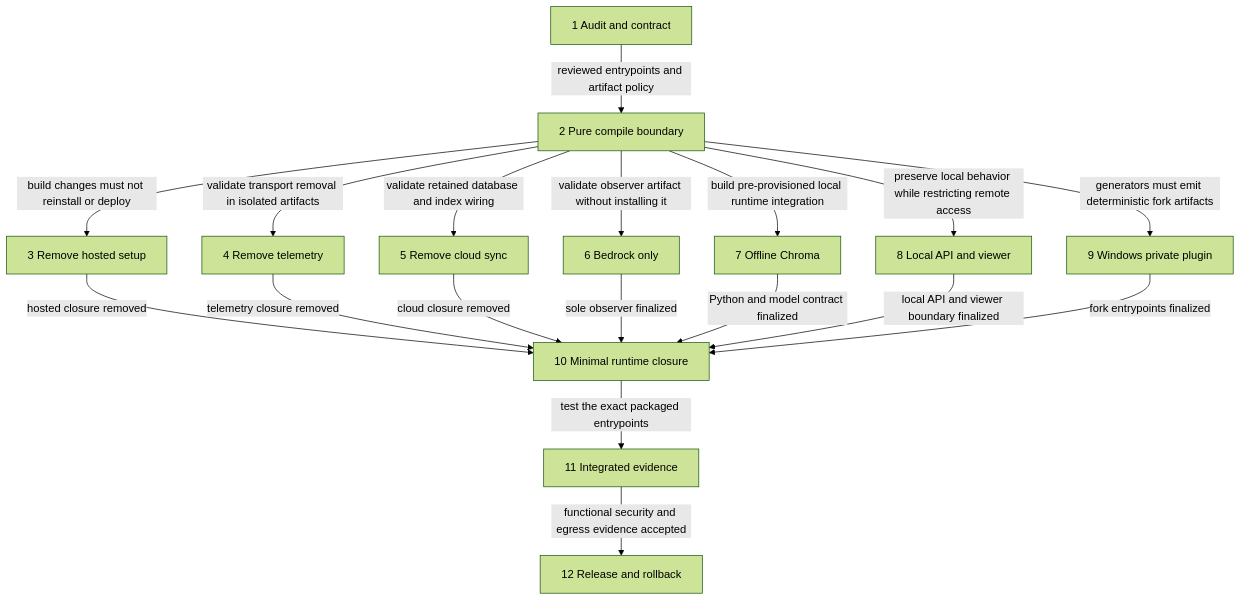
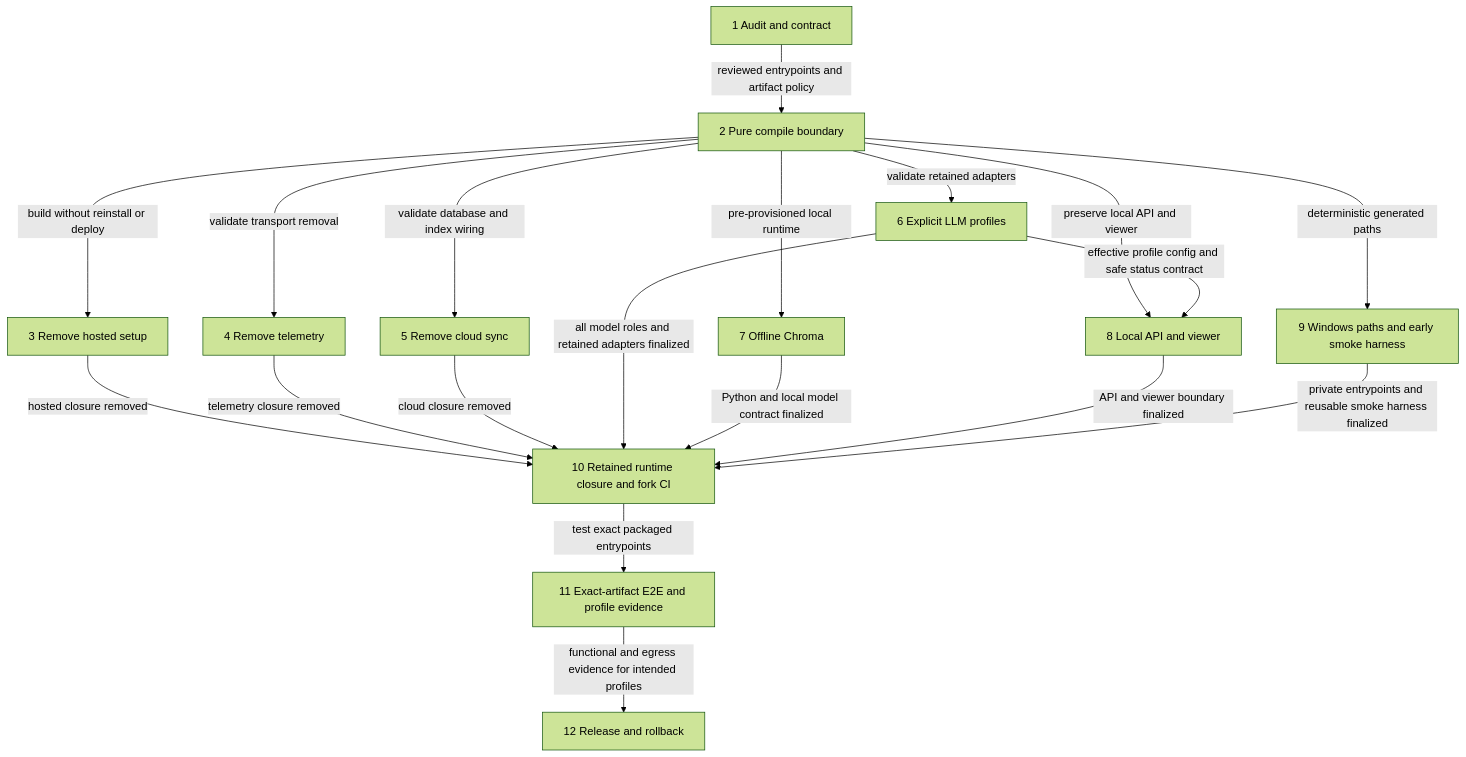
Before and after one commit to nick777977/cmem-custom: the diagram in docs/roadmap.md, drawn with Mermaid (forest theme). The commit also changed other lines of this file and 18 other files, not shown here.

Commit message:
Adapt local fork plan to explicit LLM profiles and runtime CI gates

````diff
--- a/docs/roadmap.md
+++ b/docs/roadmap.md
@@ -107,20 +132,21 @@
-```mermaid
+~~~mermaid
 flowchart TD
   s1["1 Audit and contract"] -->|reviewed entrypoints and artifact policy| s2["2 Pure compile boundary"]
-  s2 -->|build changes must not reinstall or deploy| s3["3 Remove hosted setup"]
-  s2 -->|validate transport removal in isolated artifacts| s4["4 Remove telemetry"]
-  s2 -->|validate retained database and index wiring| s5["5 Remove cloud sync"]
-  s2 -->|validate observer artifact without installing it| s6["6 Bedrock only"]
-  s2 -->|build pre-provisioned local runtime integration| s7["7 Offline Chroma"]
-  s2 -->|preserve local behavior while restricting remote access| s8["8 Local API and viewer"]
-  s2 -->|generators must emit deterministic fork artifacts| s9["9 Windows private plugin"]
-  s3 -->|hosted closure removed| s10["10 Minimal runtime closure"]
+  s2 -->|build without reinstall or deploy| s3["3 Remove hosted setup"]
+  s2 -->|validate transport removal| s4["4 Remove telemetry"]
+  s2 -->|validate database and index wiring| s5["5 Remove cloud sync"]
+  s2 -->|validate retained adapters| s6["6 Explicit LLM profiles"]
+  s2 -->|pre-provisioned local runtime| s7["7 Offline Chroma"]
+  s2 -->|preserve local API and viewer| s8["8 Local API and viewer"]
+  s6 -->|effective profile config and safe status contract| s8
+  s2 -->|deterministic generated paths| s9["9 Windows paths and early smoke harness"]
+  s3 -->|hosted closure removed| s10["10 Retained runtime closure and fork CI"]
   s4 -->|telemetry closure removed| s10
   s5 -->|cloud closure removed| s10
-  s6 -->|sole observer finalized| s10
-  s7 -->|Python and model contract finalized| s10
-  s8 -->|local API and viewer boundary finalized| s10
-  s9 -->|fork entrypoints finalized| s10
-  s10 -->|test the exact packaged entrypoints| s11["11 Integrated evidence"]
-  s11 -->|functional security and egress evidence accepted| s12["12 Release and rollback"]
-```
+  s6 -->|all model roles and retained adapters finalized| s10
+  s7 -->|Python and local model contract finalized| s10
+  s8 -->|API and viewer boundary finalized| s10
+  s9 -->|private entrypoints and reusable smoke harness finalized| s10
+  s10 -->|test exact packaged entrypoints| s11["11 Exact-artifact E2E and profile evidence"]
+  s11 -->|functional and egress evidence for intended profiles| s12["12 Release and rollback"]
+~~~
````
